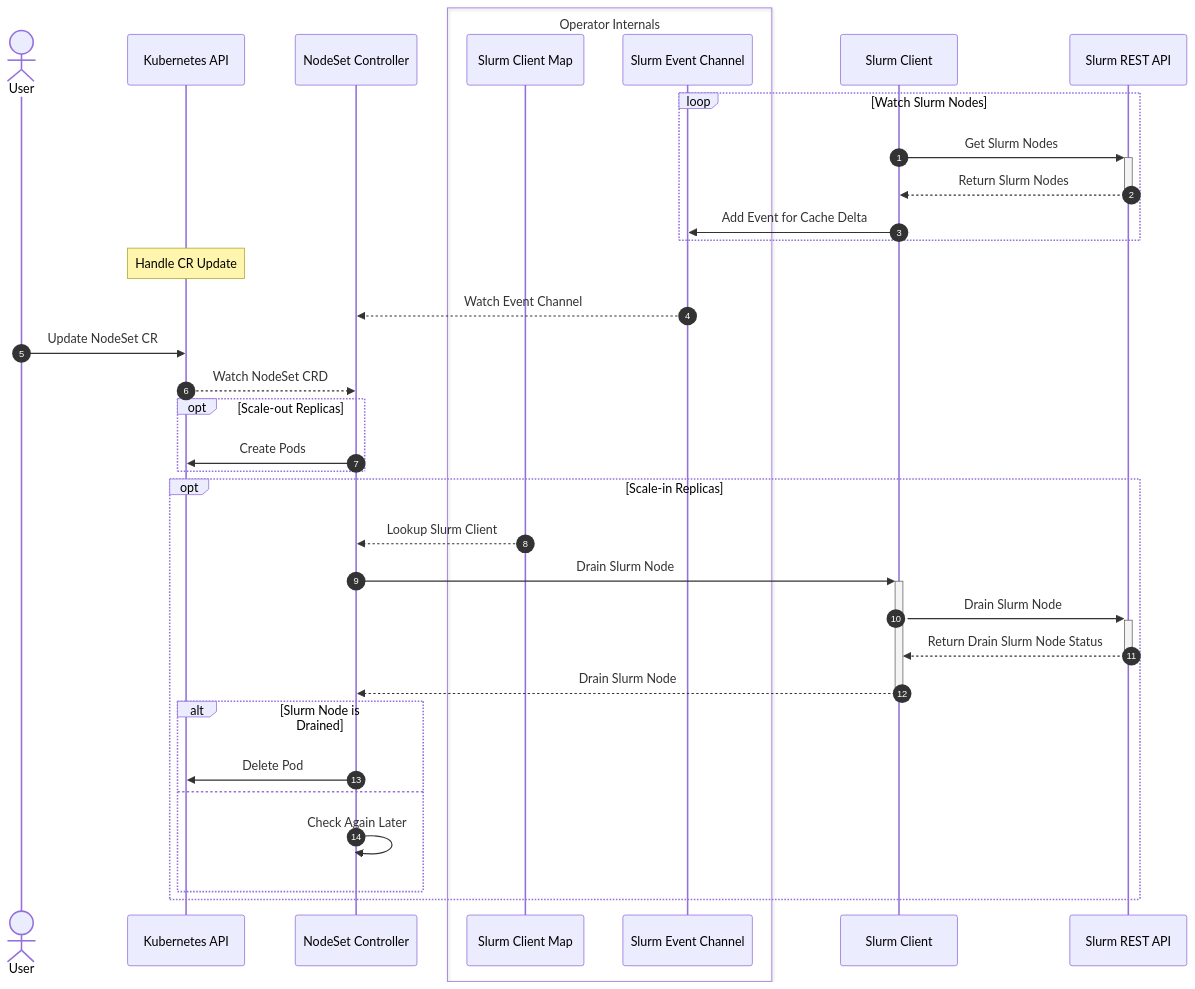
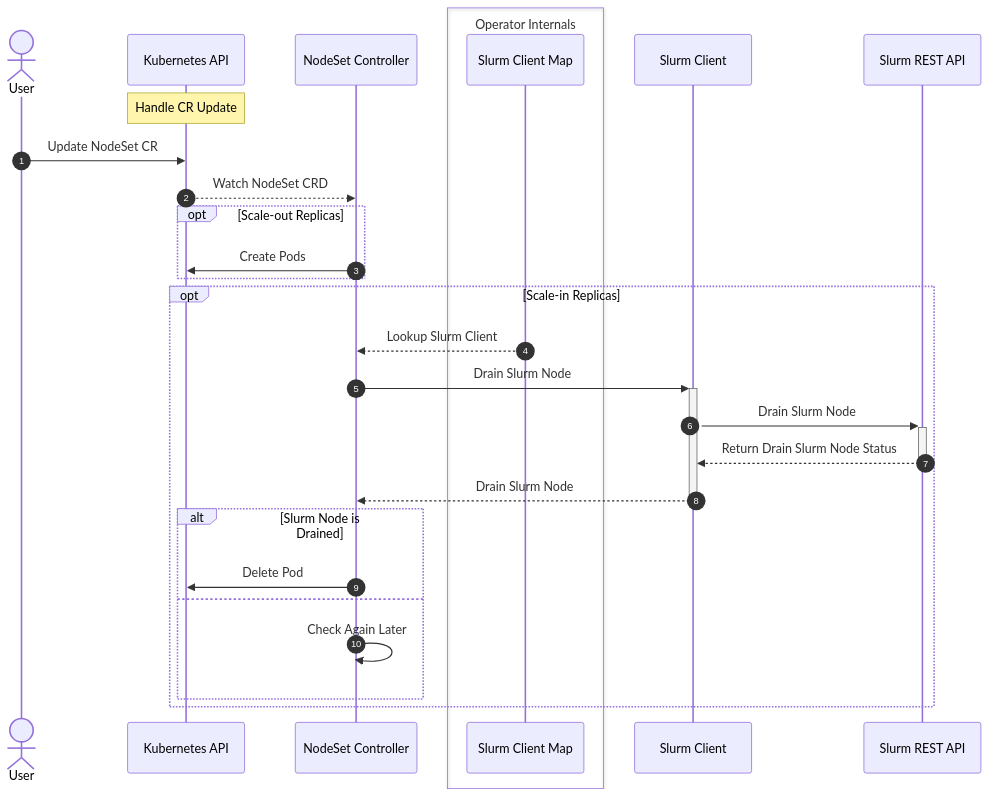
The first of 2 diagrams in docs/concepts/nodeset-controller.md (faganihajizada/slurm-operator), drawn with Mermaid before and after one commit.

Commit message:
docs: realign NodeSet sequence diagram
The client cache watching mechanism was removed.

````diff
--- a/docs/concepts/nodeset-controller.md
+++ b/docs/concepts/nodeset-controller.md
@@ -32,40 +32,32 @@
 ```mermaid
 sequenceDiagram
     autonumber
 
     actor User as User
     participant KAPI as Kubernetes API
     participant NS as NodeSet Controller
     box Operator Internals
         participant SCM as Slurm Client Map
-        participant SEC as Slurm Event Channel
     end %% Operator Internals
     participant SC as Slurm Client
     participant SAPI as Slurm REST API
 
-    loop Watch Slurm Nodes
-        SC->>+SAPI: Get Slurm Nodes
-        SAPI-->>-SC: Return Slurm Nodes
-        SC->>SEC: Add Event for Cache Delta
-    end %% loop Watch Slurm Nodes
-
     note over KAPI: Handle CR Update
-    SEC-->>NS: Watch Event Channel
     User->>KAPI: Update NodeSet CR
     KAPI-->>NS: Watch NodeSet CRD
     opt Scale-out Replicas
         NS->>KAPI: Create Pods
     end %% Scale-out Replicas
     opt Scale-in Replicas
         SCM-->>NS: Lookup Slurm Client
         NS->>+SC: Drain Slurm Node
         SC->>+SAPI: Drain Slurm Node
         SAPI-->>-SC: Return Drain Slurm Node Status
         SC-->>-NS: Drain Slurm Node
         alt Slurm Node is Drained
             NS->>KAPI: Delete Pod
         else
             NS->>NS: Check Again Later
         end %% alt Slurm Node is Drained
     end %% opt Scale-in Replicas
 ```
````
